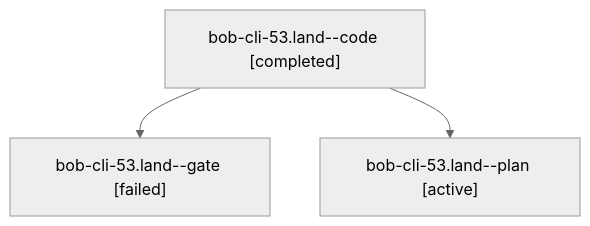
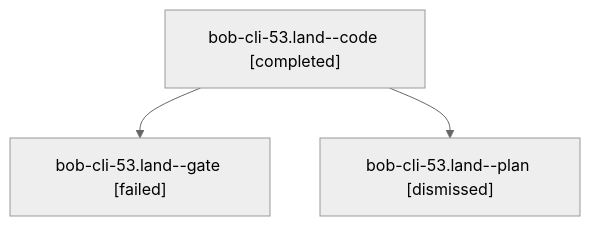
Before and after one commit to bobs-org/bob-cli--agents: the diagram in sessions/bbugyi200.athena.bob-cli-53.land.md, drawn with Mermaid (neutral theme). The commit also changed other lines of this file and 44 other files, not shown here.

````diff
--- a/sessions/bbugyi200.athena.bob-cli-53.land.md
+++ b/sessions/bbugyi200.athena.bob-cli-53.land.md
@@ -9,8 +9,8 @@
 ```mermaid
 flowchart TD
   n0["bob-cli-53.land--code [completed]"]
   n1["bob-cli-53.land--gate [failed]"]
   n0 --> n1
-  n2["bob-cli-53.land--plan [active]"]
+  n2["bob-cli-53.land--plan [dismissed]"]
   n0 --> n2
 ```
````
